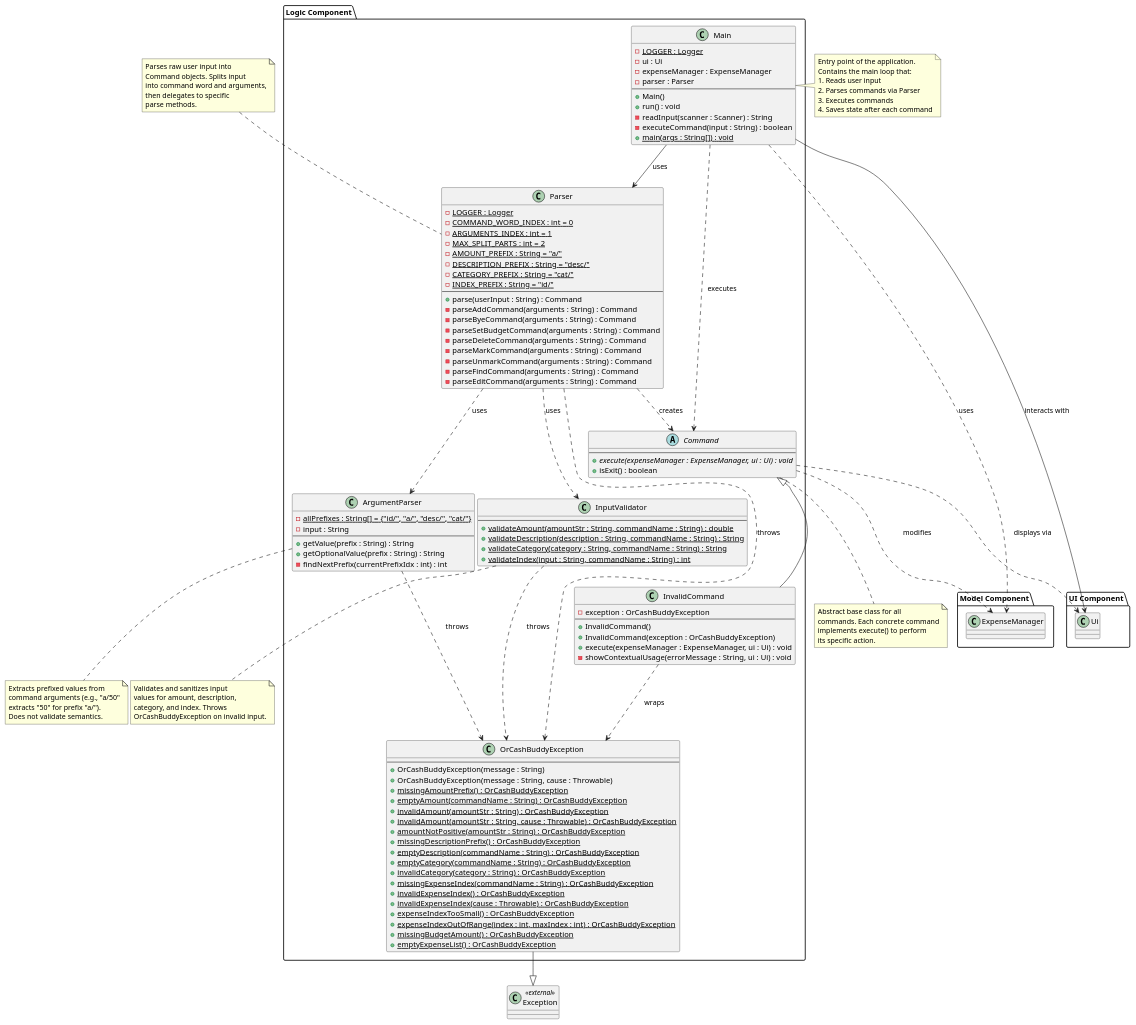
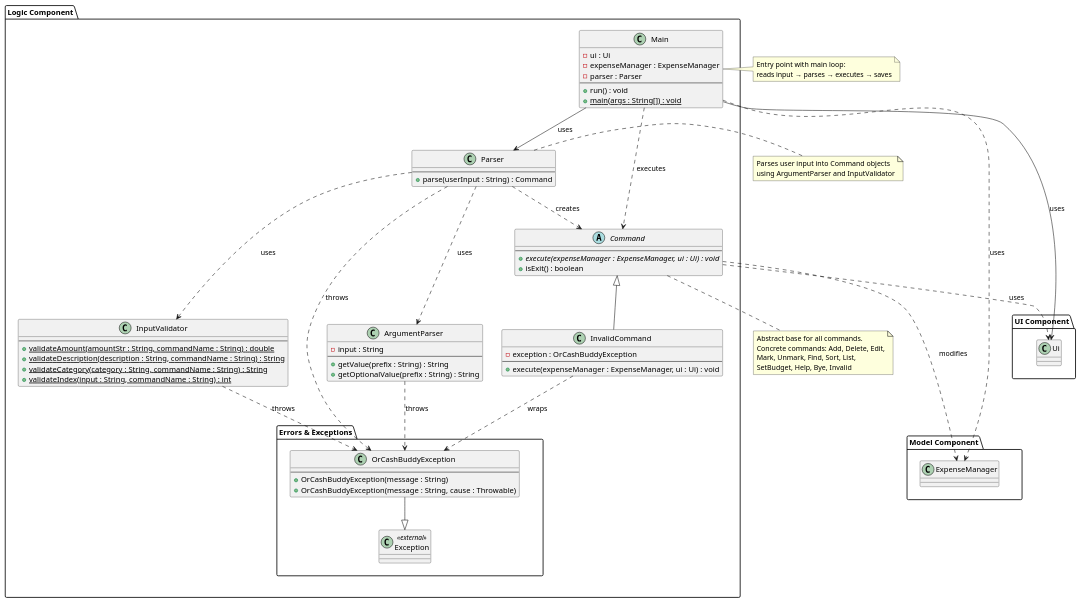
Before and after one commit to aydrienlaw/tp: the diagram in docs/diagrams/logic-component-class.puml, drawn with PlantUML.

Commit message:
docs(developer-guide): refine logic component class diagram

```diff
--- a/docs/diagrams/logic-component-class.puml
+++ b/docs/diagrams/logic-component-class.puml
@@ -1,164 +1,108 @@
 @startuml
-
-class Exception <<external>> {
+package "UI Component" as UI_PKG {
+  class Ui
 }
 
-package "Logic Component" {
-    class Main {
-        - {static} LOGGER : Logger
-        - ui : Ui
-        - expenseManager : ExpenseManager
-        - parser : Parser
-        --
-        + Main()
-        + run() : void
-        - readInput(scanner : Scanner) : String
-        - executeCommand(input : String) : boolean
-        + {static} main(args : String[]) : void
+package "Model Component" as MODEL_PKG {
+  class ExpenseManager
+}
+
+package "Logic Component" as LOGIC_PKG {
+  class Main {
+    - ui : Ui
+    - expenseManager : ExpenseManager
+    - parser : Parser
+    --
+    + run() : void
+    + {static} main(args : String[]) : void
+  }
+
+  class Parser {
+    --
+    + parse(userInput : String) : Command
+  }
+
+  class ArgumentParser {
+    - input : String
+    --
+    + getValue(prefix : String) : String
+    + getOptionalValue(prefix : String) : String
+  }
+
+  class InputValidator {
+    --
+    + {static} validateAmount(amountStr : String, commandName : String) : double
+    + {static} validateDescription(description : String, commandName : String) : String
+    + {static} validateCategory(category : String, commandName : String) : String
+    + {static} validateIndex(input : String, commandName : String) : int
+  }
+
+  abstract class Command {
+    --
+    + {abstract} execute(expenseManager : ExpenseManager, ui : Ui) : void
+    + isExit() : boolean
+  }
+
+  class InvalidCommand extends Command {
+    - exception : OrCashBuddyException
+    --
+    + execute(expenseManager : ExpenseManager, ui : Ui) : void
+  }
+
+  package "Errors & Exceptions" as ERR_PKG {
+    class OrCashBuddyException {
+      --
+      + OrCashBuddyException(message : String)
+      + OrCashBuddyException(message : String, cause : Throwable)
     }
 
-    class Parser {
-        - {static} LOGGER : Logger
-        - {static} COMMAND_WORD_INDEX : int = 0
-        - {static} ARGUMENTS_INDEX : int = 1
-        - {static} MAX_SPLIT_PARTS : int = 2
-        - {static} AMOUNT_PREFIX : String = "a/"
-        - {static} DESCRIPTION_PREFIX : String = "desc/"
-        - {static} CATEGORY_PREFIX : String = "cat/"
-        - {static} INDEX_PREFIX : String = "id/"
-        --
-        + parse(userInput : String) : Command
-        - parseAddCommand(arguments : String) : Command
-        - parseByeCommand(arguments : String) : Command
-        - parseSetBudgetCommand(arguments : String) : Command
-        - parseDeleteCommand(arguments : String) : Command
-        - parseMarkCommand(arguments : String) : Command
-        - parseUnmarkCommand(arguments : String) : Command
-        - parseFindCommand(arguments : String) : Command
-        - parseEditCommand(arguments : String) : Command
-    }
-
-    class ArgumentParser {
-        - {static} allPrefixes : String[] = {"id/", "a/", "desc/", "cat/"}
-        - input : String
-        --
-        + getValue(prefix : String) : String
-        + getOptionalValue(prefix : String) : String
-        - findNextPrefix(currentPrefixIdx : int) : int
-    }
-
-    class InputValidator {
-        --
-        + {static} validateAmount(amountStr : String, commandName : String) : double
-        + {static} validateDescription(description : String, commandName : String) : String
-        + {static} validateCategory(category : String, commandName : String) : String
-        + {static} validateIndex(input : String, commandName : String) : int
-    }
-
-    abstract class Command {
-        --
-        + {abstract} execute(expenseManager : ExpenseManager, ui : Ui) : void
-        + isExit() : boolean
-    }
-
-    class InvalidCommand extends Command {
-        - exception : OrCashBuddyException
-        --
-        + InvalidCommand()
-        + InvalidCommand(exception : OrCashBuddyException)
-        + execute(expenseManager : ExpenseManager, ui : Ui) : void
-        - showContextualUsage(errorMessage : String, ui : Ui) : void
-    }
-
-    class OrCashBuddyException {
-        --
-        + OrCashBuddyException(message : String)
-        + OrCashBuddyException(message : String, cause : Throwable)
-        + {static} missingAmountPrefix() : OrCashBuddyException
-        + {static} emptyAmount(commandName : String) : OrCashBuddyException
-        + {static} invalidAmount(amountStr : String) : OrCashBuddyException
-        + {static} invalidAmount(amountStr : String, cause : Throwable) : OrCashBuddyException
-        + {static} amountNotPositive(amountStr : String) : OrCashBuddyException
-        + {static} missingDescriptionPrefix() : OrCashBuddyException
-        + {static} emptyDescription(commandName : String) : OrCashBuddyException
-        + {static} emptyCategory(commandName : String) : OrCashBuddyException
-        + {static} invalidCategory(category : String) : OrCashBuddyException
-        + {static} missingExpenseIndex(commandName : String) : OrCashBuddyException
-        + {static} invalidExpenseIndex() : OrCashBuddyException
-        + {static} invalidExpenseIndex(cause : Throwable) : OrCashBuddyException
-        + {static} expenseIndexTooSmall() : OrCashBuddyException
-        + {static} expenseIndexOutOfRange(index : int, maxIndex : int) : OrCashBuddyException
-        + {static} missingBudgetAmount() : OrCashBuddyException
-        + {static} emptyExpenseList() : OrCashBuddyException
-    }
+    class Exception <<external>> { }
+  }
 }
 
-package "Model Component" {
-    class ExpenseManager {
-    }
-}
-
-package "UI Component" {
-    class Ui {
-    }
-}
-
+' Main relationships
 Main --> Parser : uses
+Main --> Ui : uses
 Main ..> ExpenseManager : uses
-Main --> Ui : interacts with
 Main ..> Command : executes
 
+' Parser relationships
 Parser ..> Command : creates
 Parser ..> ArgumentParser : uses
 Parser ..> InputValidator : uses
 Parser ..> OrCashBuddyException : throws
 
+' Helper class relationships
 ArgumentParser ..> OrCashBuddyException : throws
 InputValidator ..> OrCashBuddyException : throws
 
+' Command relationships
 Command ..> ExpenseManager : modifies
-Command ..> Ui : displays via
-
+Command ..> Ui : uses
 InvalidCommand ..> OrCashBuddyException : wraps
 
+' Exception hierarchy
 OrCashBuddyException --|> Exception
 
 note right of Main
-  Entry point of the application.
-  Contains the main loop that:
-  1. Reads user input
-  2. Parses commands via Parser
-  3. Executes commands
-  4. Saves state after each command
+  Entry point with main loop:
+  reads input → parses → executes → saves
 end note
 
-note top of Parser
-  Parses raw user input into
-  Command objects. Splits input
-  into command word and arguments,
-  then delegates to specific
-  parse methods.
-end note
-
-note bottom of ArgumentParser
-  Extracts prefixed values from
-  command arguments (e.g., "a/50"
-  extracts "50" for prefix "a/").
-  Does not validate semantics.
-end note
-
-note bottom of InputValidator
-  Validates and sanitizes input
-  values for amount, description,
-  category, and index. Throws
-  OrCashBuddyException on invalid input.
+note right of Parser
+  Parses user input into Command objects
+  using ArgumentParser and InputValidator
 end note
 
 note bottom of Command
-  Abstract base class for all
-  commands. Each concrete command
-  implements execute() to perform
-  its specific action.
+  Abstract base for all commands.
+  Concrete commands: Add, Delete, Edit,
+  Mark, Unmark, Find, Sort, List,
+  SetBudget, Help, Bye, Invalid
 end note
 
+' Keep error types close together and out of main traffic
+ERR_PKG -[hidden]down- LOGIC_PKG
+MODEL_PKG -[hidden]up- UI_PKG
+
 @enduml
```
